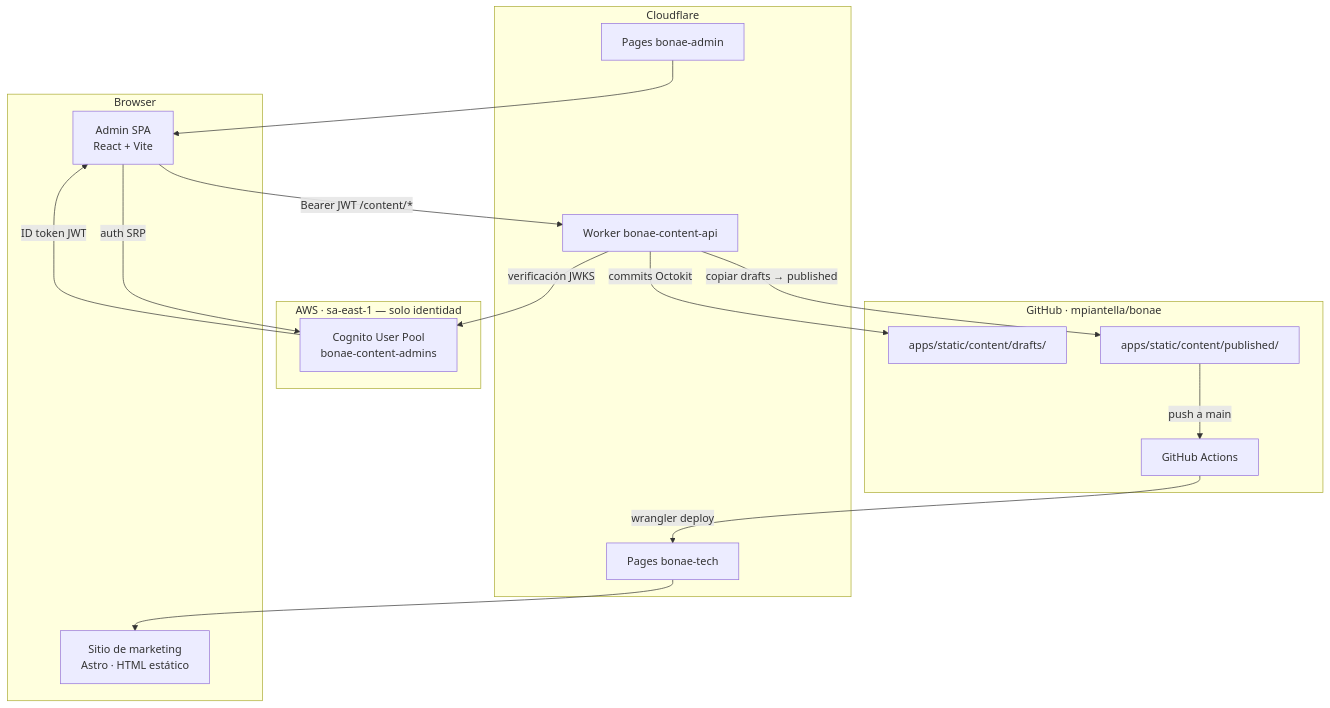
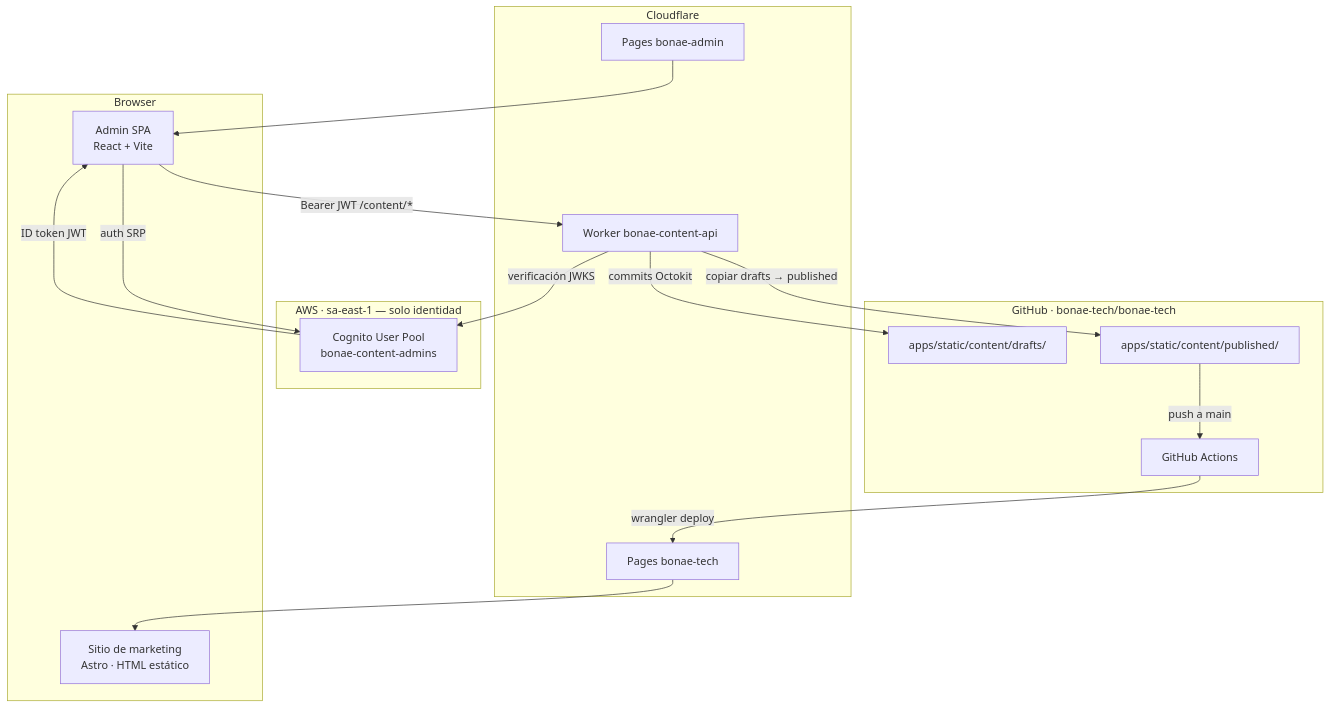
One commit to Bonae-Tech/bonae-tech changed the first of 5 diagrams in docs/architecture.md. Above: the diagram before and after it, drawn with Mermaid. The commit also changed 5 other files, not shown here.

````diff
--- a/docs/architecture.md
+++ b/docs/architecture.md
@@ -22,34 +22,34 @@
 ```mermaid
 flowchart TD
     subgraph Browser
         AdminSPA["Admin SPA\nReact + Vite"]
         MarketingSite["Sitio de marketing\nAstro · HTML estático"]
     end
 
     subgraph AWS["AWS · sa-east-1 — solo identidad"]
         Cognito["Cognito User Pool\nbonae-content-admins"]
     end
 
     subgraph Cloudflare
         AdminPages["Pages bonae-admin"]
         Worker["Worker bonae-content-api"]
         CFPages["Pages bonae-tech"]
     end
 
-    subgraph GitHub["GitHub · mpiantella/bonae"]
+    subgraph GitHub["GitHub · bonae-tech/bonae-tech"]
         Drafts["apps/static/content/drafts/"]
         Published["apps/static/content/published/"]
         Actions["GitHub Actions"]
     end
 
     AdminSPA -->|"auth SRP"| Cognito
     Cognito -->|"ID token JWT"| AdminSPA
     AdminPages --> AdminSPA
     AdminSPA -->|"Bearer JWT /content/*"| Worker
     Worker -->|"verificación JWKS"| Cognito
     Worker -->|"commits Octokit"| Drafts
     Worker -->|"copiar drafts → published"| Published
     Published -->|"push a main"| Actions
     Actions -->|"wrangler deploy"| CFPages
     CFPages --> MarketingSite
 ```
````
